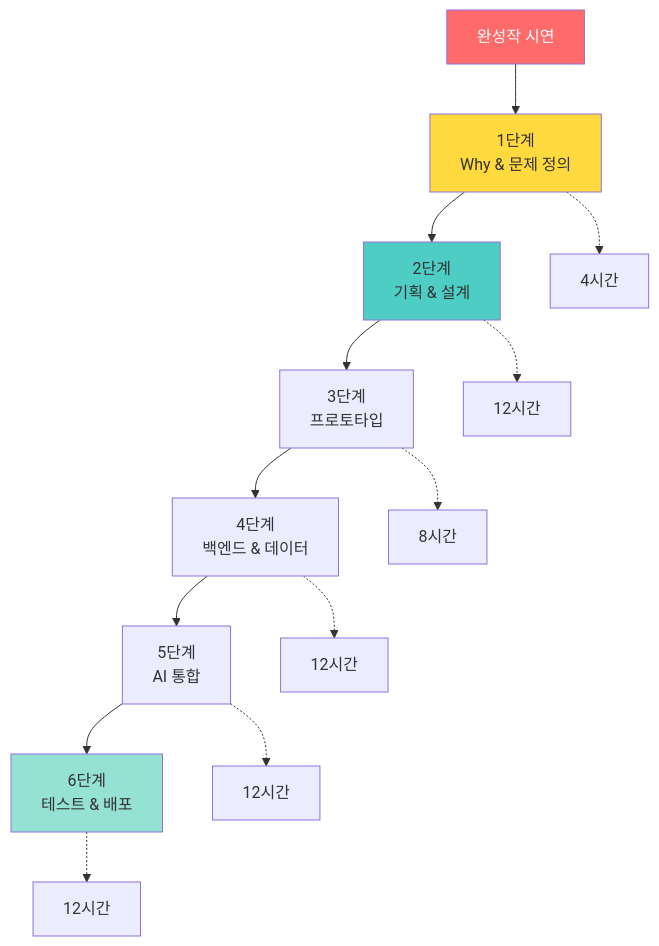
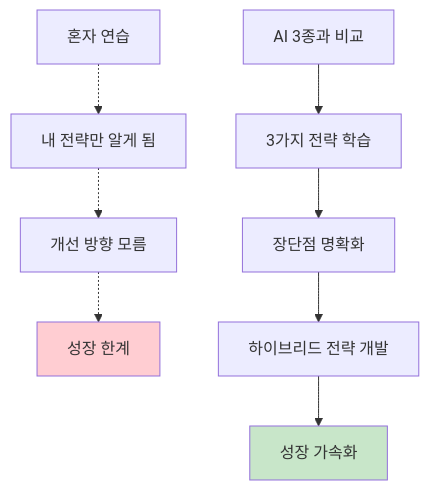
One commit to Collegenie-X/AI-Vive-Coding changed the fifth of 14 diagrams in Docs/주제/5단계-AI가상환경_실전체험_교육가이드.md. Above: the diagram before and after it, drawn with Mermaid. The commit also changed other lines of this file and 2 other files, not shown here.

````diff
--- a/Docs/주제/5단계-AI가상환경_실전체험_교육가이드.md
+++ b/Docs/주제/5단계-AI가상환경_실전체험_교육가이드.md
@@ -261,21 +469,14 @@
 ```mermaid
 graph TB
-    S0[완성작 시연] --> S1[1단계<br/>Why & 문제 정의]
-    S1 --> S2[2단계<br/>기획 & 설계]
-    S2 --> S3[3단계<br/>프로토타입]
-    S3 --> S4[4단계<br/>백엔드 & 데이터]
-    S4 --> S5[5단계<br/>AI 통합]
-    S5 --> S6[6단계<br/>테스트 & 배포]
+    A[혼자 연습] -.-> B[내 전략만 알게 됨]
+    B -.-> C[개선 방향 모름]
+    C -.-> D[성장 한계]
     
-    S1 -.-> T1[4시간]
-    S2 -.-> T2[12시간]
-    S3 -.-> T3[8시간]
-    S4 -.-> T4[12시간]
-    S5 -.-> T5[12시간]
-    S6 -.-> T6[12시간]
+    E[AI 3종과 비교] --> F[3가지 전략 학습]
+    F --> G[장단점 명확화]
+    G --> H[하이브리드 전략 개발]
+    H --> I[성장 가속화]
     
-    style S0 fill:#FF6B6B,color:#fff
-    style S1 fill:#FFD93D
-    style S2 fill:#4ECDC4
-    style S6 fill:#95E1D3
+    style D fill:#ffcdd2
+    style I fill:#c8e6c9
 ```
````
